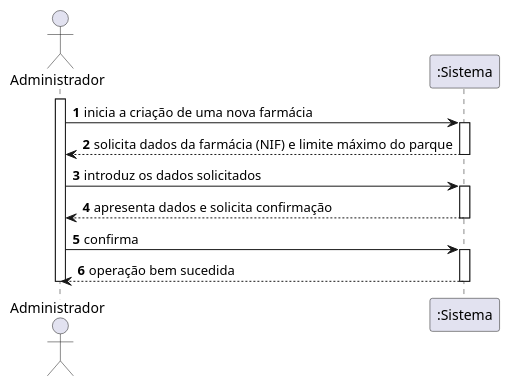
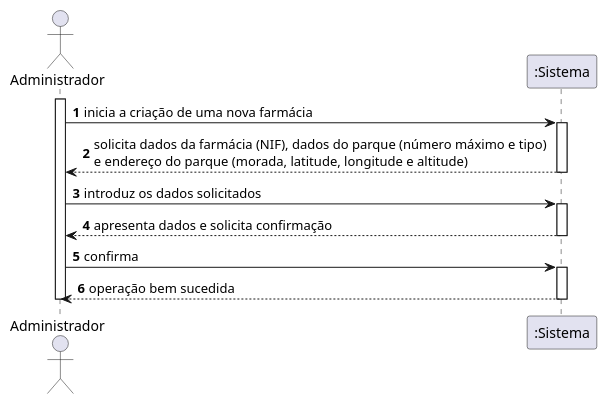
The diagram in docs/UC128/SSD-REGISTAR FARMACIA.puml (pedrolemos4/LAPR3), drawn with PlantUML before and after one commit. The commit also changed 3 other files, not shown here.

```diff
--- a/docs/UC128/SSD-REGISTAR FARMACIA.puml
+++ b/docs/UC128/SSD-REGISTAR FARMACIA.puml
@@ -1,22 +1,22 @@
 @startuml
 autonumber
 actor "Administrador" as ADM
 
 activate ADM
 ADM -> ":Sistema" : inicia a criação de uma nova farmácia
 activate ":Sistema"
-":Sistema" --> ADM : solicita dados da farmácia (NIF) e limite máximo do parque
+":Sistema" --> ADM : solicita dados da farmácia (NIF), dados do parque (número máximo e tipo) \ne endereço do parque (morada, latitude, longitude e altitude)
 deactivate ":Sistema"
 
 ADM -> ":Sistema" : introduz os dados solicitados
 activate ":Sistema"
 ":Sistema" --> ADM : apresenta dados e solicita confirmação
 deactivate ":Sistema"
 
 ADM -> ":Sistema" : confirma
 activate ":Sistema"
 ":Sistema" --> ADM : operação bem sucedida
 deactivate ":Sistema"
 
 deactivate ADM
 @enduml
```
